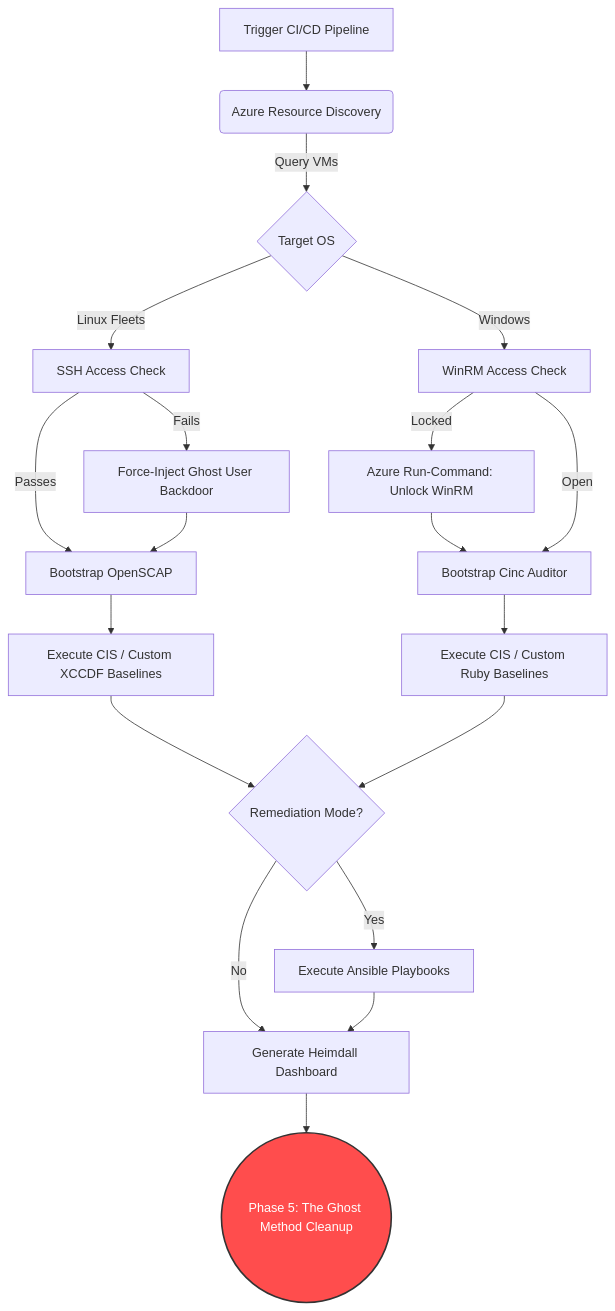
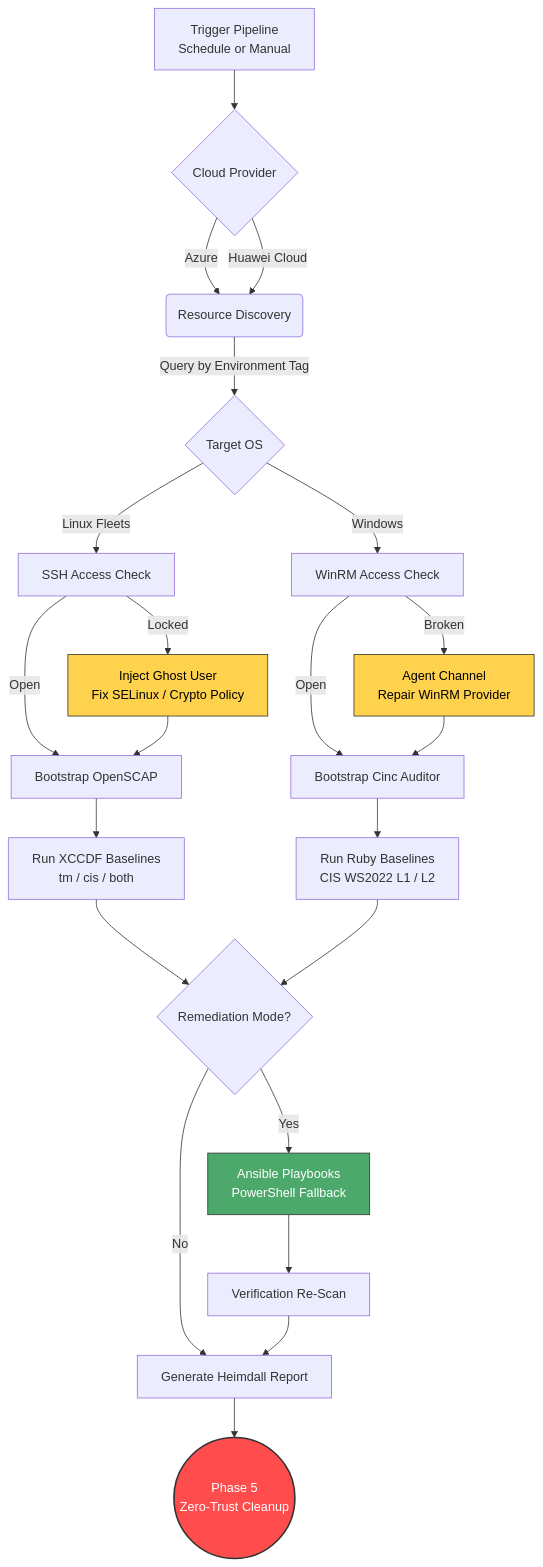
The diagram in README.md (danishkhan0101/X-Cloud-Multi-OS-Benchmark-Auditor), drawn with Mermaid before and after one commit. The commit also changed other lines of this file, not shown here.

````diff
--- a/README.md
+++ b/README.md
@@ -34,31 +43,36 @@
 ```mermaid
 graph TD
-    A[Trigger CI/CD Pipeline] --> B(Azure Resource Discovery)
-    B -->|Query VMs| C{Target OS}
-    
+    A[Trigger Pipeline<br/>Schedule or Manual] --> P{Cloud Provider}
+    P -->|Azure| B(Resource Discovery)
+    P -->|Huawei Cloud| B
+    B -->|Query by Environment Tag| C{Target OS}
+
     C -->|Linux Fleets| D[SSH Access Check]
     C -->|Windows| E[WinRM Access Check]
-    
-    D -- Fails --> F[Force-Inject Ghost User Backdoor]
-    D -- Passes --> G[Bootstrap OpenSCAP]
+
+    D -- Locked --> F[Inject Ghost User<br/>Fix SELinux / Crypto Policy]
+    D -- Open --> G[Bootstrap OpenSCAP]
     F --> G
-    
-    E -- Locked --> H[Azure Run-Command: Unlock WinRM]
-    H --> I[Bootstrap Cinc Auditor]
-    E -- Open --> I
-    
-    G --> J[Execute CIS / Custom XCCDF Baselines]
-    I --> K[Execute CIS / Custom Ruby Baselines]
-    
+
+    E -- Broken --> H[Agent Channel<br/>Repair WinRM Provider]
+    E -- Open --> I[Bootstrap Cinc Auditor]
+    H --> I
+
+    G --> J[Run XCCDF Baselines<br/>tm / cis / both]
+    I --> K[Run Ruby Baselines<br/>CIS WS2022 L1 / L2]
+
     J --> L{Remediation Mode?}
     K --> L
-    
-    L -- Yes --> M[Execute Ansible Playbooks]
-    L -- No --> N[Generate Heimdall Dashboard]
-    
-    M --> N
-    N --> O((Phase 5: The Ghost Method Cleanup))
-    
+
+    L -- Yes --> M[Ansible Playbooks<br/>PowerShell Fallback]
+    M --> V[Verification Re-Scan]
+    L -- No --> N[Generate Heimdall Report]
+    V --> N
+
+    N --> O((Phase 5<br/>Zero-Trust Cleanup))
+
     style O fill:#ff4d4d,stroke:#333,stroke-width:2px,color:#fff
-
+    style F fill:#ffd24d,stroke:#333,color:#000
+    style H fill:#ffd24d,stroke:#333,color:#000
+    style M fill:#4da96b,stroke:#333,color:#fff
 ```
````
